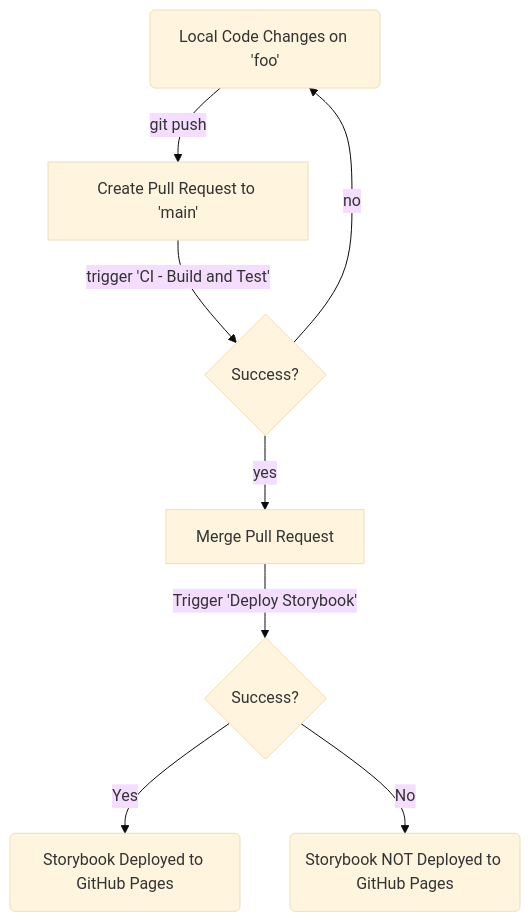
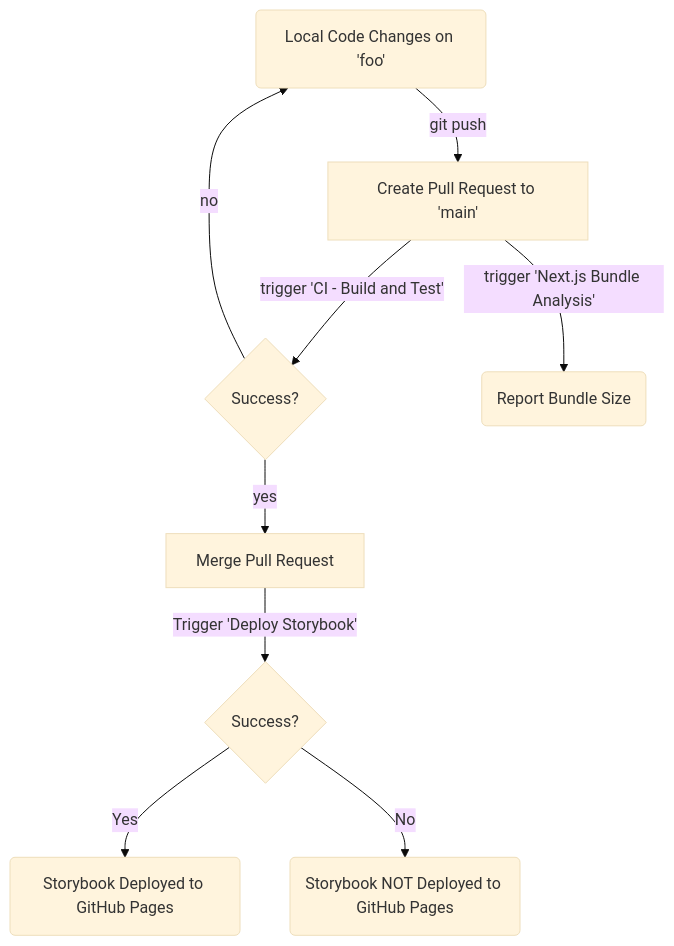
One commit to rblackman/NextTemplate changed the third of 3 diagrams in README.md. Above: the diagram before and after it, drawn with Mermaid (base theme).

Commit message:
docs: add bundle size to flowchart

````diff
--- a/README.md
+++ b/README.md
@@ -124,10 +124,11 @@
 ```mermaid
 flowchart TD
     A(Local Code Changes on 'foo') -->|git push| B[Create Pull Request to 'main']
     B -->|trigger 'CI - Build and Test'| C{Success?}
+    B -->|trigger 'Next.js Bundle Analysis'| BA(Report Bundle Size)
     C -->|yes| D[Merge Pull Request]
     C -->|no| A
     D -->|Trigger 'Deploy Storybook'| E{Success?}
     E -->|Yes| F(Storybook Deployed to GitHub Pages)
     E -->|No| G(Storybook NOT Deployed to GitHub Pages)
 ```
````
